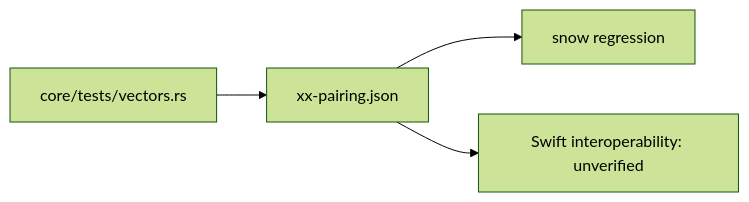
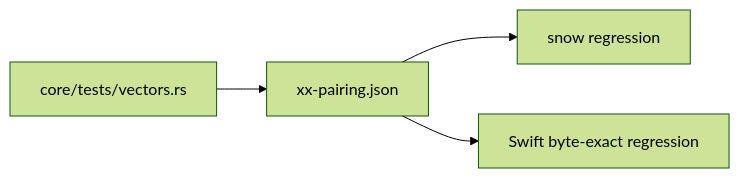
The diagram in SYS/protocol/vectors/noise/README.md (Harwasch/voiceremote), drawn with Mermaid (forest theme) before and after one commit. The commit also changed other lines of this file and 50 other files, not shown here.

````diff
--- a/SYS/protocol/vectors/noise/README.md
+++ b/SYS/protocol/vectors/noise/README.md
@@ -1,6 +1,6 @@
 ```mermaid
 flowchart LR
     Test[core/tests/vectors.rs] --> Fixture[xx-pairing.json]
     Fixture --> Rust[snow regression]
-    Fixture --> Swift[Swift interoperability: unverified]
+    Fixture --> Swift[Swift byte-exact regression]
 ```
````
